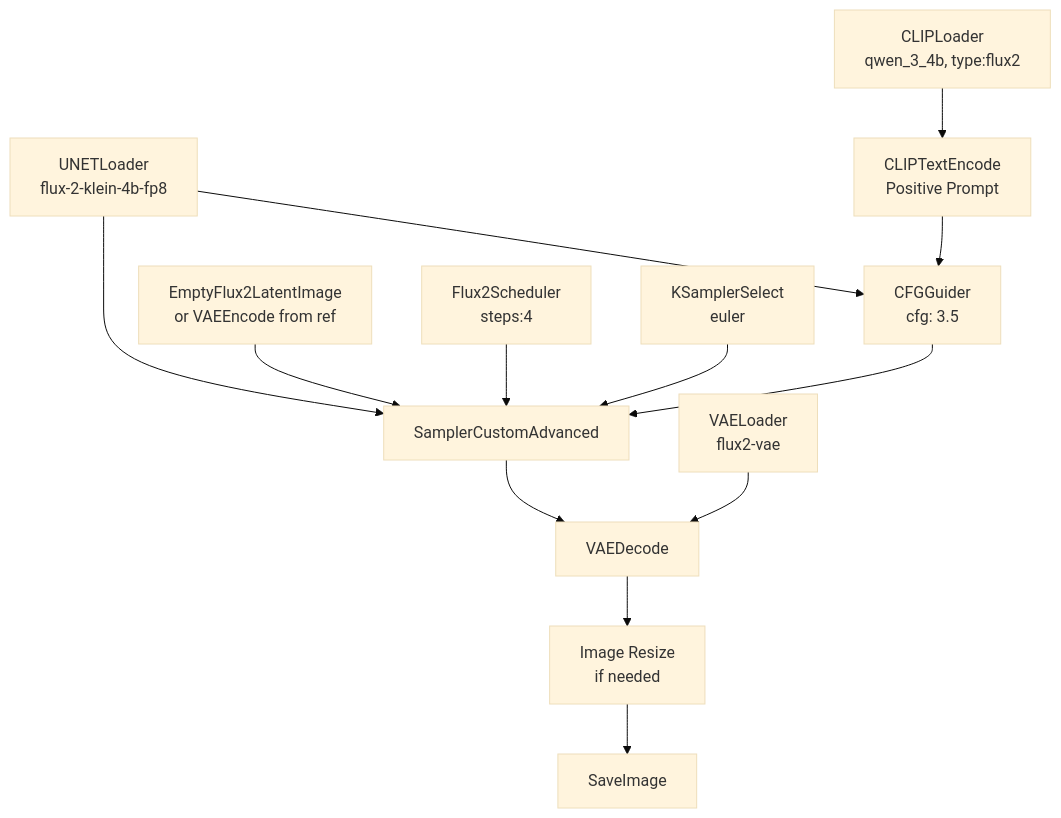
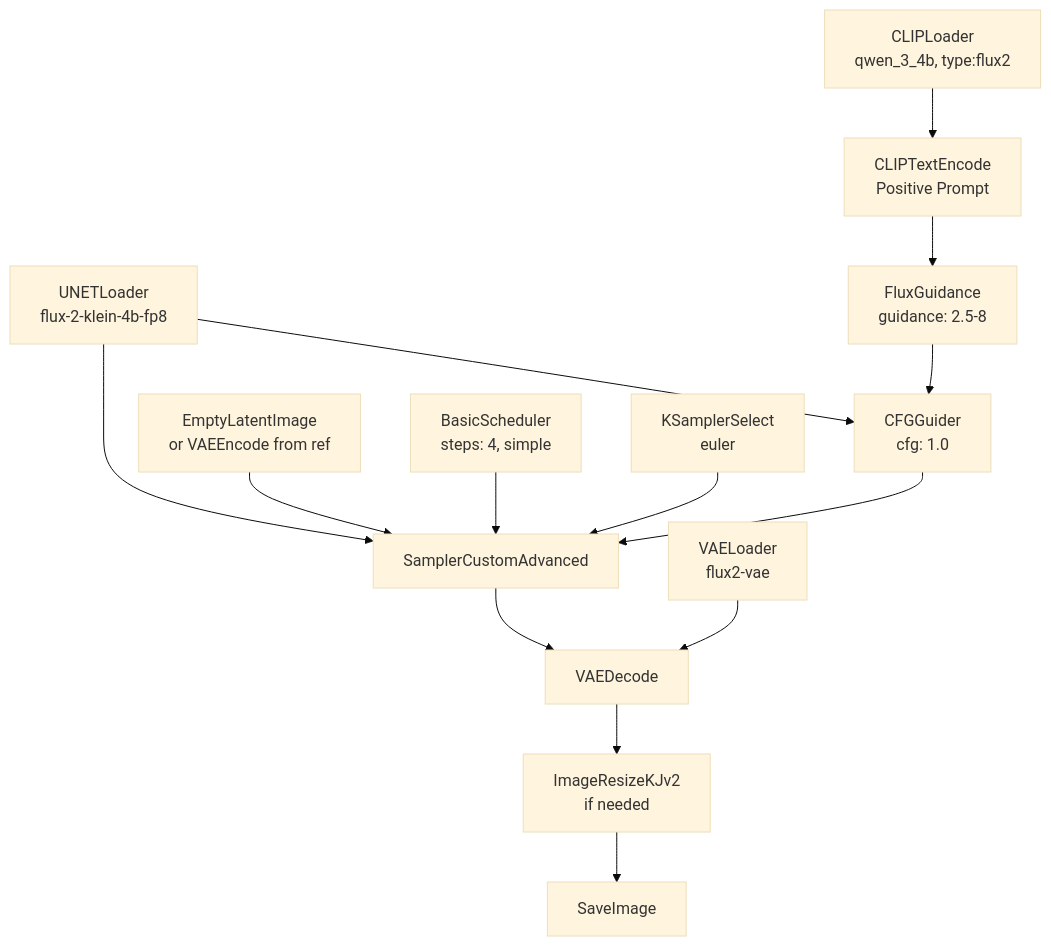
Before and after one commit to maxtwotouch/StrategAI: the diagram in docs/workflow-design-justification.md, drawn with Mermaid (base theme). The commit also changed other lines of this file and 5 other files, not shown here.

````diff
--- a/docs/workflow-design-justification.md
+++ b/docs/workflow-design-justification.md
@@ -61,14 +62,15 @@
 ```mermaid
 graph TD
     A[UNETLoader<br/>flux-2-klein-4b-fp8] --> D[SamplerCustomAdvanced]
     B[CLIPLoader<br/>qwen_3_4b, type:flux2] --> C[CLIPTextEncode<br/>Positive Prompt]
-    C --> E[CFGGuider<br/>cfg: 3.5]
+    C --> F[FluxGuidance<br/>guidance: 2.5-8]
+    F --> E[CFGGuider<br/>cfg: 1.0]
     A --> E
     E --> D
-    F[VAELoader<br/>flux2-vae] --> G[VAEDecode]
-    H[EmptyFlux2LatentImage<br/>or VAEEncode from ref] --> D
-    I[Flux2Scheduler<br/>steps:4] --> D
-    J[KSamplerSelect<br/>euler] --> D
-    D --> G
-    G --> K[Image Resize<br/>if needed] --> L[SaveImage]
+    G[VAELoader<br/>flux2-vae] --> H[VAEDecode]
+    I[EmptyLatentImage<br/>or VAEEncode from ref] --> D
+    J[BasicScheduler<br/>steps: 4, simple] --> D
+    K[KSamplerSelect<br/>euler] --> D
+    D --> H
+    H --> L[ImageResizeKJv2<br/>if needed] --> M[SaveImage]
 ```
````
